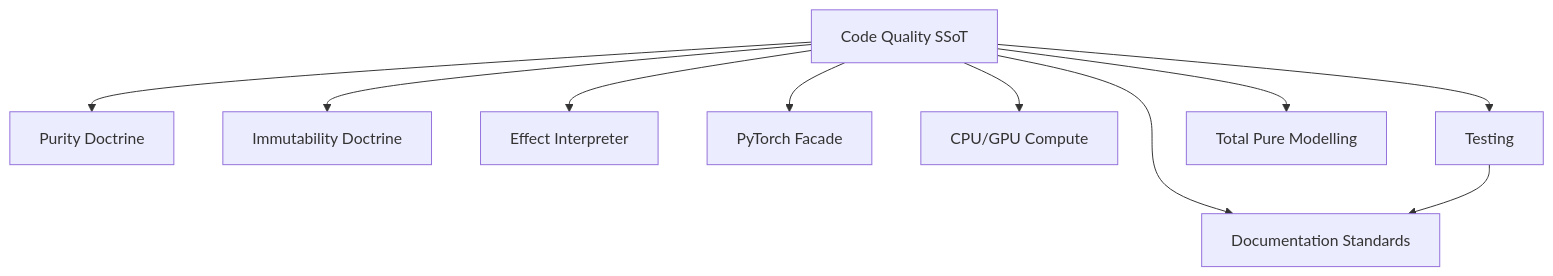
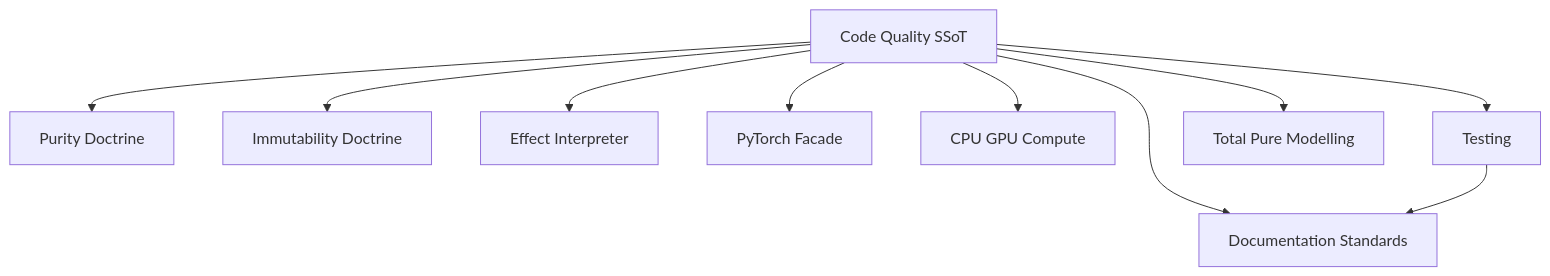
The diagram in documents/engineering/code_quality.md (Tuee22/SpectralMC), drawn with Mermaid before and after one commit. The commit also changed other lines of this file and 29 other files, not shown here.

````diff
--- a/documents/engineering/code_quality.md
+++ b/documents/engineering/code_quality.md
@@ -12,21 +12,21 @@
 ```mermaid
 flowchart TB
   CQ[Code Quality SSoT]
   Purity[Purity Doctrine]
   Immutability[Immutability Doctrine]
   Interpreter[Effect Interpreter]
   Facade[PyTorch Facade]
-  CPUvsGPU[CPU/GPU Compute]
+  CPUvsGPU[CPU GPU Compute]
   Testing[Testing]
   Docs[Documentation Standards]
 
   CQ --> Purity
   CQ --> Immutability
   CQ --> Interpreter
   CQ --> Facade
   CQ --> CPUvsGPU
   CQ --> Testing
   CQ --> Docs
   CQ --> TPM[Total Pure Modelling]
   Testing --> Docs
 ```
````
